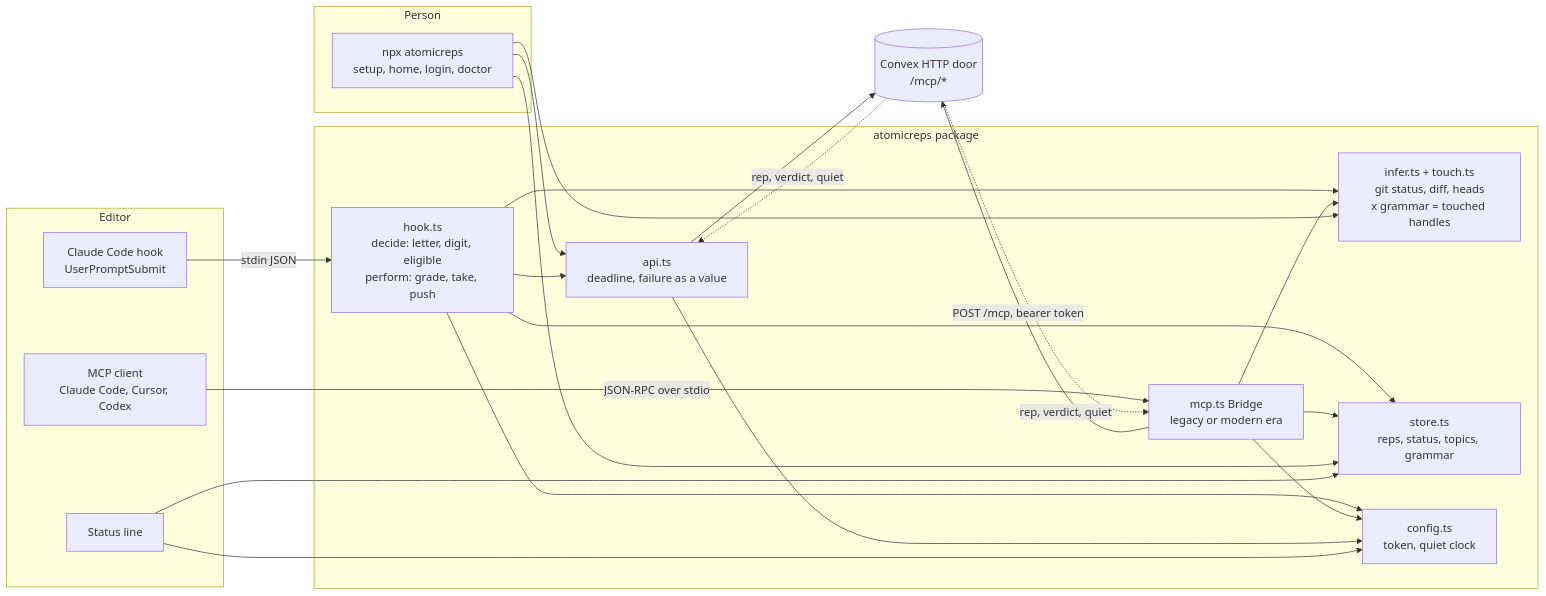
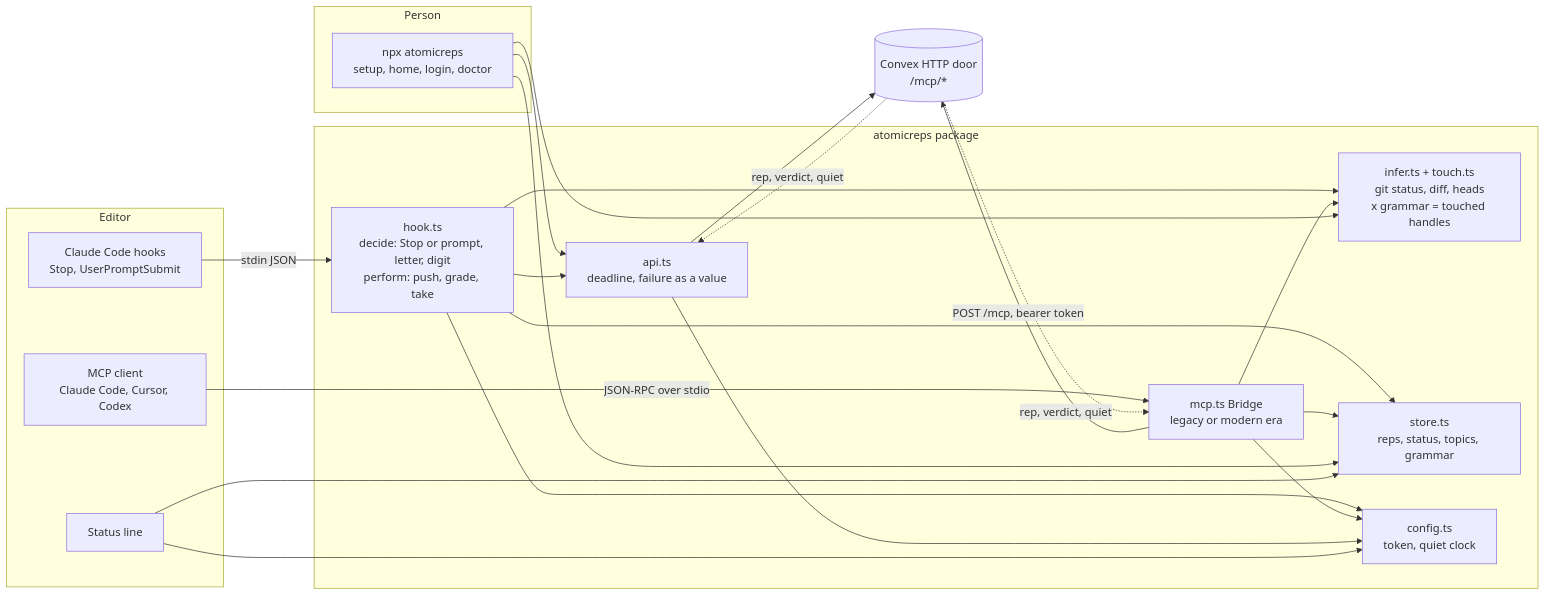
The diagram in README.md (atomicreps/cli), drawn with Mermaid before and after one commit. The commit also changed 10 other files, not shown here.

First line of the commit message:
Move rep delivery to the Stop hook

````diff
--- a/README.md
+++ b/README.md
@@ -36,40 +36,40 @@
 ```mermaid
 flowchart LR
   subgraph editor [Editor]
-    CC[Claude Code hook<br/>UserPromptSubmit]
+    CC[Claude Code hooks<br/>Stop, UserPromptSubmit]
     MC[MCP client<br/>Claude Code, Cursor, Codex]
     SL[Status line]
   end
   subgraph person [Person]
     TUI[npx atomicreps<br/>setup, home, login, doctor]
   end
   subgraph pkg [atomicreps package]
-    HOOK[hook.ts<br/>decide: letter, digit, eligible<br/>perform: grade, take, push]
+    HOOK[hook.ts<br/>decide: Stop or prompt, letter, digit<br/>perform: push, grade, take]
     BRIDGE[mcp.ts Bridge<br/>legacy or modern era]
     INFER[infer.ts + touch.ts<br/>git status, diff, heads<br/>x grammar = touched handles]
     STORE[store.ts<br/>reps, status, topics, grammar]
     CFG[config.ts<br/>token, quiet clock]
     API[api.ts<br/>deadline, failure as a value]
   end
   DOOR[(Convex HTTP door<br/>/mcp/*)]
 
   CC -->|stdin JSON| HOOK
   MC -->|JSON-RPC over stdio| BRIDGE
   TUI --> API
   HOOK --> INFER
   BRIDGE --> INFER
   TUI --> INFER
   HOOK --> API
   BRIDGE -->|POST /mcp, bearer token| DOOR
   API --> DOOR
   HOOK --> STORE
   BRIDGE --> STORE
   TUI --> STORE
   HOOK --> CFG
   BRIDGE --> CFG
   API --> CFG
   SL --> STORE
   SL --> CFG
   DOOR -.->|rep, verdict, quiet| BRIDGE
   DOOR -.->|rep, verdict, quiet| API
 ```
````
